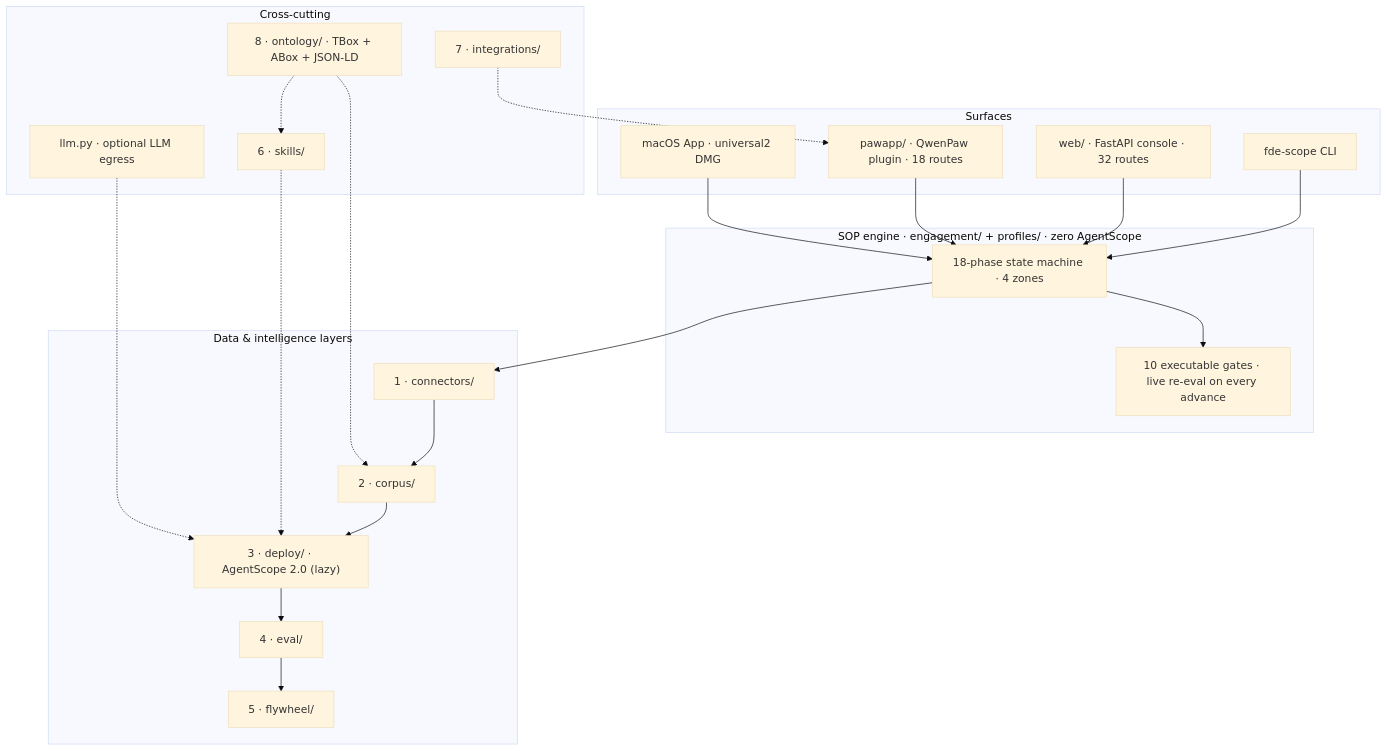
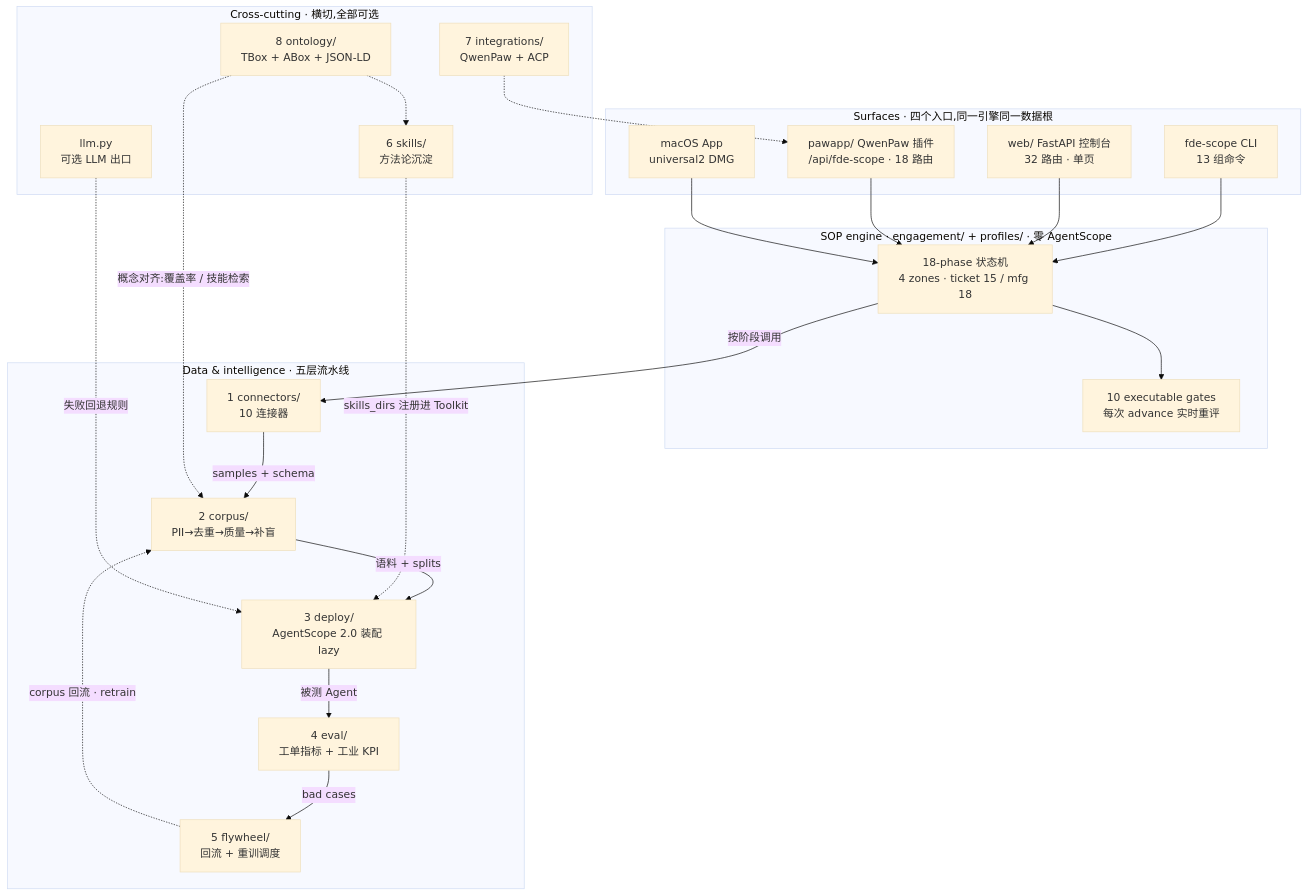
The second of 3 diagrams in README.md (ai-guru-global/fde-scope), drawn with Mermaid (base theme) before and after one commit. The commit also changed other lines of this file and 4 other files, not shown here.

````diff
--- a/README.md
+++ b/README.md
@@ -222,45 +252,46 @@
 ```mermaid
-graph TD
-    subgraph surfaces["Surfaces"]
-        CLI["fde-scope CLI"]
-        WEB["web/ · FastAPI console · 32 routes"]
-        PAW["pawapp/ · QwenPaw plugin · 18 routes"]
-        MAC["macOS App · universal2 DMG"]
+flowchart TB
+    subgraph surfaces["Surfaces · 四个入口,同一引擎同一数据根"]
+        CLI["fde-scope CLI<br/>13 组命令"]
+        WEB["web/ FastAPI 控制台<br/>32 路由 · 单页"]
+        PAW["pawapp/ QwenPaw 插件<br/>/api/fde-scope · 18 路由"]
+        MAC["macOS App<br/>universal2 DMG"]
     end
 
-    subgraph engine["SOP engine · engagement/ + profiles/ · zero AgentScope"]
-        PH["18-phase state machine · 4 zones"]
-        GT["10 executable gates · live re-eval on every advance"]
+    subgraph engine["SOP engine · engagement/ + profiles/ · 零 AgentScope"]
+        PH["18-phase 状态机<br/>4 zones · ticket 15 / mfg 18"]
+        GT["10 executable gates<br/>每次 advance 实时重评"]
     end
 
-    subgraph layers["Data & intelligence layers"]
-        L1["1 · connectors/"]
-        L2["2 · corpus/"]
-        L3["3 · deploy/ · AgentScope 2.0 (lazy)"]
-        L4["4 · eval/"]
-        L5["5 · flywheel/"]
+    subgraph layers["Data & intelligence · 五层流水线"]
+        L1["1 connectors/<br/>10 连接器"]
+        L2["2 corpus/<br/>PII→去重→质量→补盲"]
+        L3["3 deploy/<br/>AgentScope 2.0 装配 lazy"]
+        L4["4 eval/<br/>工单指标 + 工业 KPI"]
+        L5["5 flywheel/<br/>回流 + 重训调度"]
+        L1 -->|"samples + schema"| L2
+        L2 -->|"语料 + splits"| L3
+        L3 -->|"被测 Agent"| L4
+        L4 -->|"bad cases"| L5
+        L5 -.->|"corpus 回流 · retrain"| L2
     end
 
-    subgraph cross["Cross-cutting"]
-        SK["6 · skills/"]
-        INT["7 · integrations/"]
-        ONT["8 · ontology/ · TBox + ABox + JSON-LD"]
-        LLM["llm.py · optional LLM egress"]
+    subgraph cross["Cross-cutting · 横切,全部可选"]
+        SK["6 skills/<br/>方法论沉淀"]
+        INT["7 integrations/<br/>QwenPaw + ACP"]
+        ONT["8 ontology/<br/>TBox + ABox + JSON-LD"]
+        LLM["llm.py<br/>可选 LLM 出口"]
     end
 
     CLI --> PH
     WEB --> PH
     PAW --> PH
     MAC --> PH
     PH --> GT
-    PH --> L1
-    L1 --> L2
-    L2 --> L3
-    L3 --> L4
-    L4 --> L5
-    SK -.-> L3
+    PH -->|"按阶段调用"| L1
+    ONT -.->|"概念对齐:覆盖率 / 技能检索"| L2
+    ONT -.-> SK
+    SK -.->|"skills_dirs 注册进 Toolkit"| L3
+    LLM -.->|"失败回退规则"| L3
     INT -.-> PAW
-    ONT -.-> L2
-    ONT -.-> SK
-    LLM -.-> L3
 ```
````
